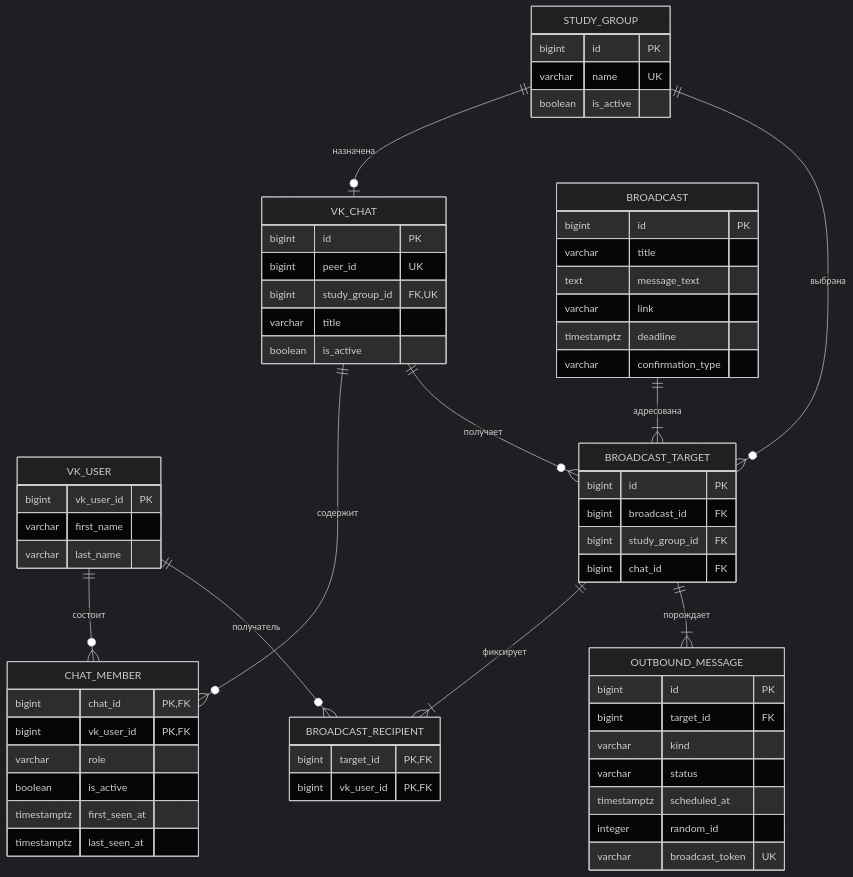
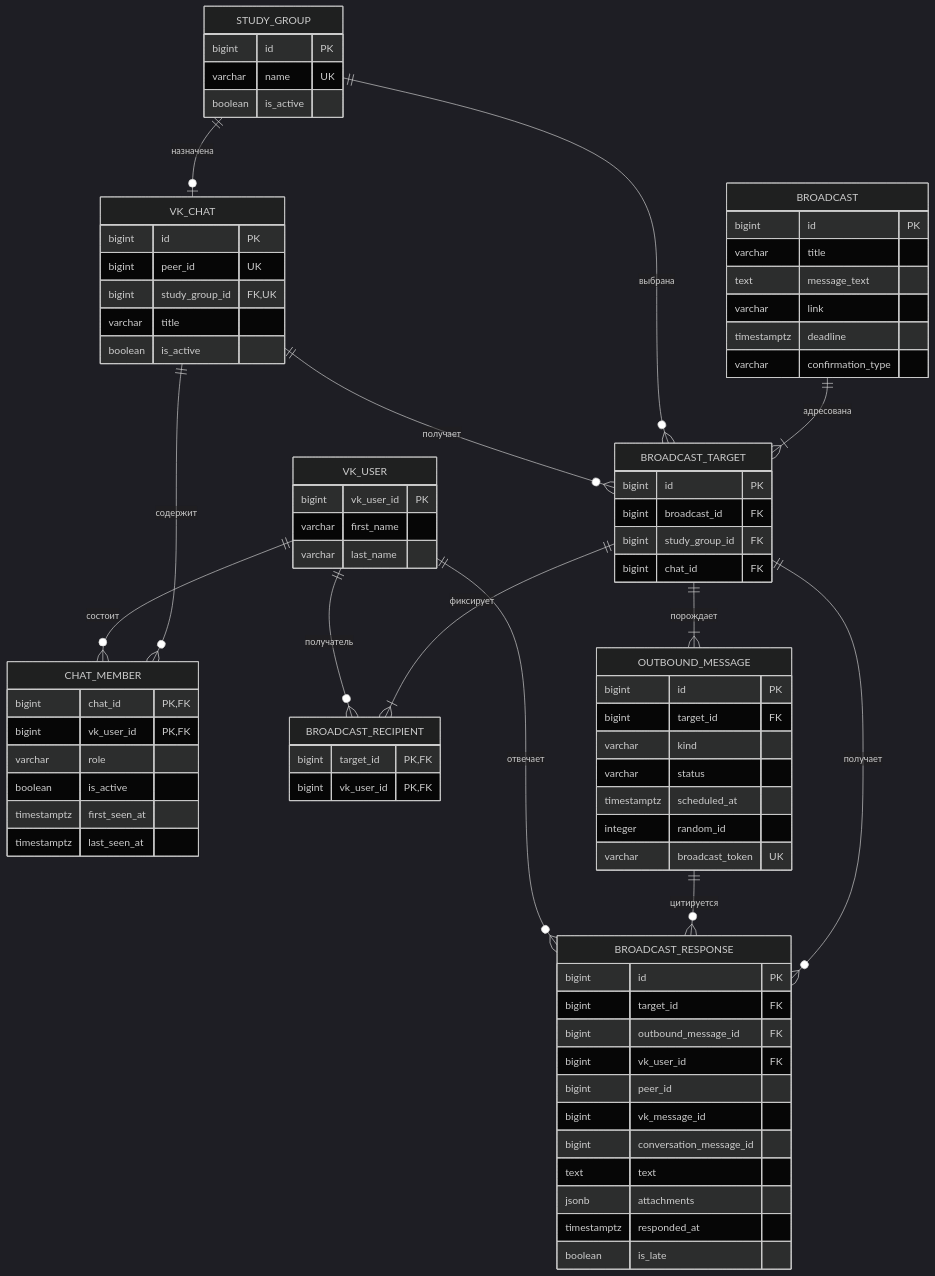
The diagram in docs/database.md (VladFomin17/vk-tutors-bot), drawn with Mermaid (dark theme) before and after one commit. The commit also changed other lines of this file and 14 other files, not shown here.

````diff
--- a/docs/database.md
+++ b/docs/database.md
@@ -5,65 +5,81 @@
 ```mermaid
 erDiagram
     STUDY_GROUP ||--o| VK_CHAT : "назначена"
     VK_CHAT ||--o{ CHAT_MEMBER : "содержит"
     VK_USER ||--o{ CHAT_MEMBER : "состоит"
     BROADCAST ||--|{ BROADCAST_TARGET : "адресована"
     STUDY_GROUP ||--o{ BROADCAST_TARGET : "выбрана"
     VK_CHAT ||--o{ BROADCAST_TARGET : "получает"
     BROADCAST_TARGET ||--|{ BROADCAST_RECIPIENT : "фиксирует"
     VK_USER ||--o{ BROADCAST_RECIPIENT : "получатель"
     BROADCAST_TARGET ||--|{ OUTBOUND_MESSAGE : "порождает"
+    BROADCAST_TARGET ||--o{ BROADCAST_RESPONSE : "получает"
+    OUTBOUND_MESSAGE ||--o{ BROADCAST_RESPONSE : "цитируется"
+    VK_USER ||--o{ BROADCAST_RESPONSE : "отвечает"
 
     STUDY_GROUP {
         bigint id PK
         varchar name UK
         boolean is_active
     }
     VK_CHAT {
         bigint id PK
         bigint peer_id UK
         bigint study_group_id FK,UK
         varchar title
         boolean is_active
     }
     VK_USER {
         bigint vk_user_id PK
         varchar first_name
         varchar last_name
     }
     CHAT_MEMBER {
         bigint chat_id PK,FK
         bigint vk_user_id PK,FK
         varchar role
         boolean is_active
         timestamptz first_seen_at
         timestamptz last_seen_at
     }
     BROADCAST {
         bigint id PK
         varchar title
         text message_text
         varchar link
         timestamptz deadline
         varchar confirmation_type
     }
     BROADCAST_TARGET {
         bigint id PK
         bigint broadcast_id FK
         bigint study_group_id FK
         bigint chat_id FK
     }
     BROADCAST_RECIPIENT {
         bigint target_id PK,FK
         bigint vk_user_id PK,FK
     }
     OUTBOUND_MESSAGE {
         bigint id PK
         bigint target_id FK
         varchar kind
         varchar status
         timestamptz scheduled_at
         integer random_id
         varchar broadcast_token UK
     }
+    BROADCAST_RESPONSE {
+        bigint id PK
+        bigint target_id FK
+        bigint outbound_message_id FK
+        bigint vk_user_id FK
+        bigint peer_id
+        bigint vk_message_id
+        bigint conversation_message_id
+        text text
+        jsonb attachments
+        timestamptz responded_at
+        boolean is_late
+    }
 ```
````
